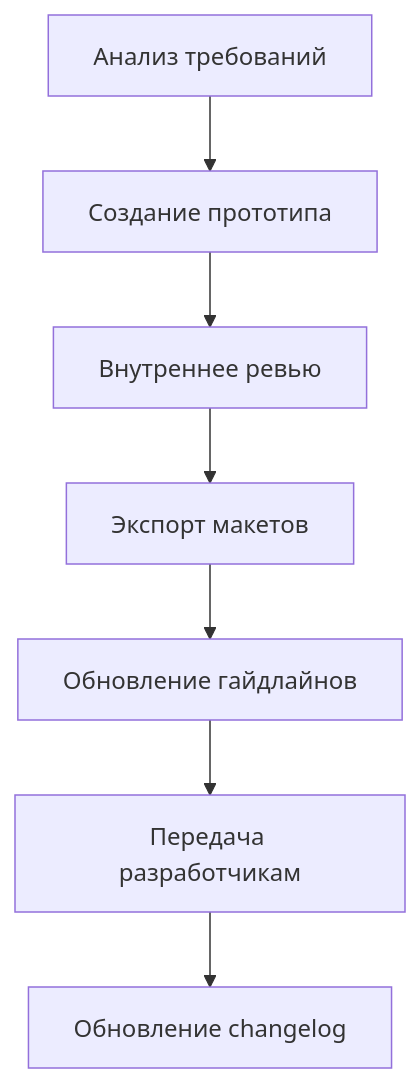
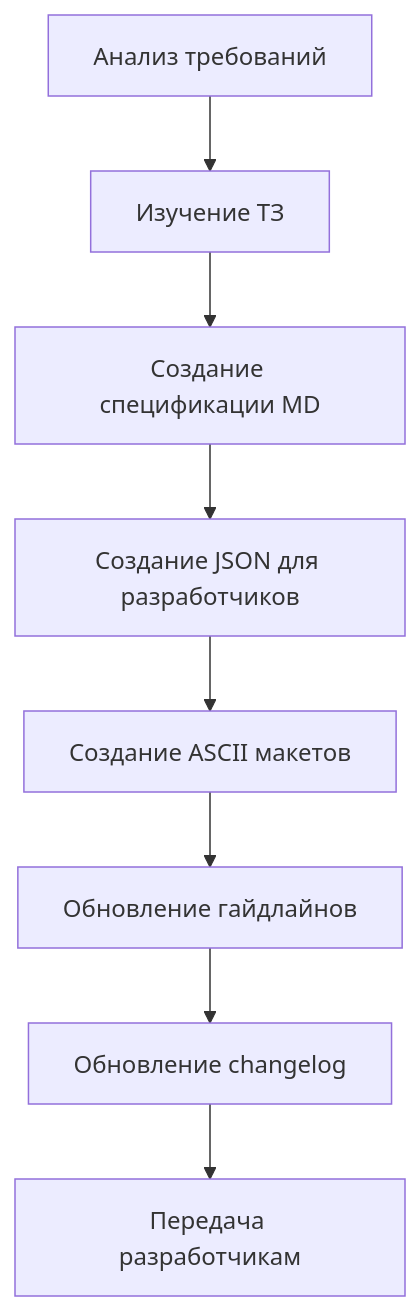
The diagram in project_context/instructions/UI_UX_DESIGNER.md (Azazlov/PassGen), drawn with Mermaid before and after one commit. The commit also changed other lines of this file and 6 other files, not shown here.

````diff
--- a/project_context/instructions/UI_UX_DESIGNER.md
+++ b/project_context/instructions/UI_UX_DESIGNER.md
@@ -141,9 +173,10 @@
 ```mermaid
 graph TD
-    A[Анализ требований] --> B[Создание прототипа]
-    B --> C[Внутреннее ревью]
-    C --> D[Экспорт макетов]
-    D --> E[Обновление гайдлайнов]
-    E --> F[Передача разработчикам]
+    A[Анализ требований] --> B[Изучение ТЗ]
+    B --> C[Создание спецификации MD]
+    C --> D[Создание JSON для разработчиков]
+    D --> E[Создание ASCII макетов]
+    E --> F[Обновление гайдлайнов]
     F --> G[Обновление changelog]
+    G --> H[Передача разработчикам]
 ```
````
